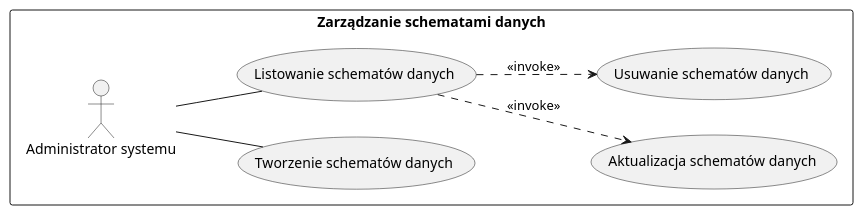
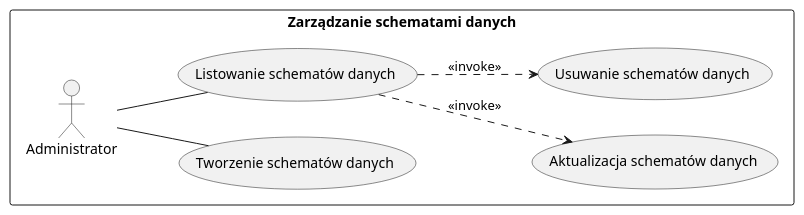
One commit to aleksanderpiluk/IWO changed the diagram in dokumentacja/specyfikacja.wymagan/4.wymagania.uzytkownika/4.1.wymagania.funkcjonalne/4.1.4.zarzadzanie.schematami.danych/diagram.puml. Above: the diagram before and after it, drawn with PlantUML. The commit also changed 7 other files, not shown here.

```diff
--- a/dokumentacja/specyfikacja.wymagan/4.wymagania.uzytkownika/4.1.wymagania.funkcjonalne/4.1.4.zarzadzanie.schematami.danych/diagram.puml
+++ b/dokumentacja/specyfikacja.wymagan/4.wymagania.uzytkownika/4.1.wymagania.funkcjonalne/4.1.4.zarzadzanie.schematami.danych/diagram.puml
@@ -1,18 +1,18 @@
-@startuml diagram
+@startuml
 left to right direction
 
 rectangle "Zarządzanie schematami danych" {
-  actor "Administrator systemu" as Administrator
+  actor Administrator
 
   usecase (Tworzenie schematów danych) as TworzenieSchematow
   usecase (Aktualizacja schematów danych) as AktualizacjaSchematow
   usecase (Listowanie schematów danych) as ListowanieSchematow
   usecase (Usuwanie schematów danych) as UsuwanieSchematow
 
   Administrator -- TworzenieSchematow
   Administrator -- ListowanieSchematow
   ListowanieSchematow ..> AktualizacjaSchematow : <<invoke>>
   ListowanieSchematow ..> UsuwanieSchematow : <<invoke>>
 }
 
 @enduml
```
